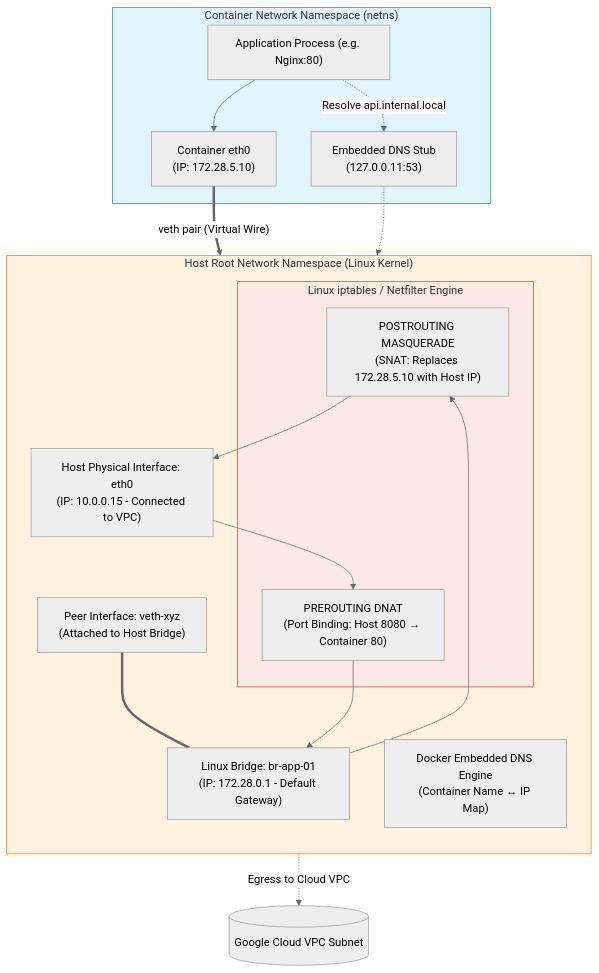
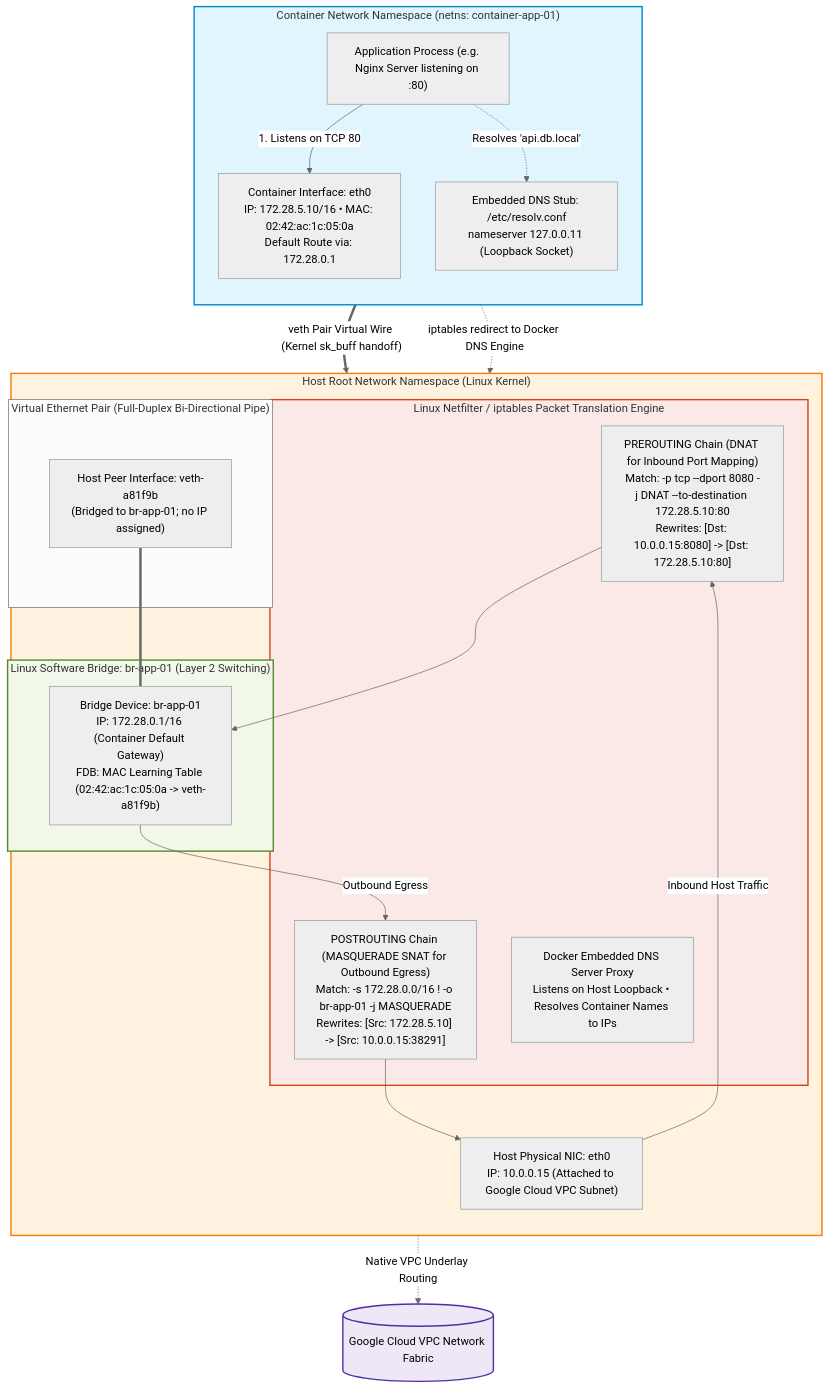
The fourth of 15 diagrams in kubernetes/networking-shell-command.md (Chief-Strategist-J/gcd), drawn with Mermaid (neutral theme) before and after one commit. The commit also changed other lines of this file, not shown here.

Commit message:
docs(networking): enrich all diagrams with step-by-step internal packet execution mechanics and detailed annotations

````diff
--- a/kubernetes/networking-shell-command.md
+++ b/kubernetes/networking-shell-command.md
@@ -161,36 +213,46 @@
 ```mermaid
 graph TB
-    subgraph ContainerNS["Container Network Namespace (netns)"]
-        AppProc["Application Process (e.g. Nginx:80)"]
-        ContEth0["Container eth0<br/>(IP: 172.28.5.10)"]
-        ContDNS["Embedded DNS Stub<br/>(127.0.0.11:53)"]
-        AppProc --> ContEth0
-        AppProc -. "Resolve api.internal.local" .-> ContDNS
+    subgraph ContainerNS["Container Network Namespace (netns: container-app-01)"]
+        direction TB
+        AppProc["Application Process (e.g. Nginx Server listening on :80)"]
+        ContEth0["Container Interface: eth0<br/>IP: 172.28.5.10/16 • MAC: 02:42:ac:1c:05:0a<br/>Default Route via: 172.28.0.1"]
+        ContDNS["Embedded DNS Stub: /etc/resolv.conf<br/>nameserver 127.0.0.11 (Loopback Socket)"]
+        
+        AppProc -->|1. Listens on TCP 80| ContEth0
+        AppProc -.->|Resolves 'api.db.local'| ContDNS
     end
 
     subgraph HostRootNS["Host Root Network Namespace (Linux Kernel)"]
         direction TB
-        VethHost["Peer Interface: veth-xyz<br/>(Attached to Host Bridge)"]
-        Bridge["Linux Bridge: br-app-01<br/>(IP: 172.28.0.1 - Default Gateway)"]
-        DockerDNS["Docker Embedded DNS Engine<br/>(Container Name ↔ IP Map)"]
         
-        subgraph Netfilter["Linux iptables / Netfilter Engine"]
-            NATPost["POSTROUTING MASQUERADE<br/>(SNAT: Replaces 172.28.5.10 with Host IP)"]
-            NATPre["PREROUTING DNAT<br/>(Port Binding: Host 8080 → Container 80)"]
+        subgraph VethWiring["Virtual Ethernet Pair (Full-Duplex Bi-Directional Pipe)"]
+            VethPeer["Host Peer Interface: veth-a81f9b<br/>(Bridged to br-app-01; no IP assigned)"]
         end
 
-        HostNIC["Host Physical Interface: eth0<br/>(IP: 10.0.0.15 - Connected to VPC)"]
+        subgraph BridgeDev["Linux Software Bridge: br-app-01 (Layer 2 Switching)"]
+            Bridge["Bridge Device: br-app-01<br/>IP: 172.28.0.1/16 (Container Default Gateway)<br/>FDB: MAC Learning Table (02:42:ac:1c:05:0a -> veth-a81f9b)"]
+        end
 
-        ContEth0 == "veth pair (Virtual Wire)" ==> VethHost
-        VethHost === Bridge
-        ContDNS -.-> DockerDNS
-        Bridge --> NATPost --> HostNIC
-        HostNIC --> NATPre --> Bridge
+        subgraph Netfilter["Linux Netfilter / iptables Packet Translation Engine"]
+            NATPre["PREROUTING Chain (DNAT for Inbound Port Mapping)<br/>Match: -p tcp --dport 8080 -j DNAT --to-destination 172.28.5.10:80<br/>Rewrites: [Dst: 10.0.0.15:8080] -> [Dst: 172.28.5.10:80]"]
+            NATPost["POSTROUTING Chain (MASQUERADE SNAT for Outbound Egress)<br/>Match: -s 172.28.0.0/16 ! -o br-app-01 -j MASQUERADE<br/>Rewrites: [Src: 172.28.5.10] -> [Src: 10.0.0.15:38291]"]
+            DockerDNS["Docker Embedded DNS Server Proxy<br/>Listens on Host Loopback • Resolves Container Names to IPs"]
+        end
+
+        HostNIC["Host Physical NIC: eth0<br/>IP: 10.0.0.15 (Attached to Google Cloud VPC Subnet)"]
+
+        ContEth0 == "veth Pair Virtual Wire (Kernel sk_buff handoff)" ==> VethPeer
+        VethPeer === Bridge
+        ContDNS -. "iptables redirect to Docker DNS Engine" .-> DockerDNS
+        Bridge -->|Outbound Egress| NATPost --> HostNIC
+        HostNIC -->|Inbound Host Traffic| NATPre --> Bridge
     end
 
-    HostNIC -. "Egress to Cloud VPC" .-> VPC[("Google Cloud VPC Subnet")]
+    HostNIC -. "Native VPC Underlay Routing" .-> VPC[("Google Cloud VPC Network Fabric")]
 
-    style ContainerNS fill:#e1f5fe,stroke:#0288d1
-    style HostRootNS fill:#fff3e0,stroke:#f57c00
-    style Netfilter fill:#fbe9e7,stroke:#d84315
+    style ContainerNS fill:#e1f5fe,stroke:#0288d1,stroke-width:2px
+    style HostRootNS fill:#fff3e0,stroke:#f57c00,stroke-width:2px
+    style BridgeDev fill:#f1f8e9,stroke:#558b2f,stroke-width:2px
+    style Netfilter fill:#fbe9e7,stroke:#d84315,stroke-width:2px
+    style VPC fill:#ede7f6,stroke:#512da8,stroke-width:2px
 ```
````
